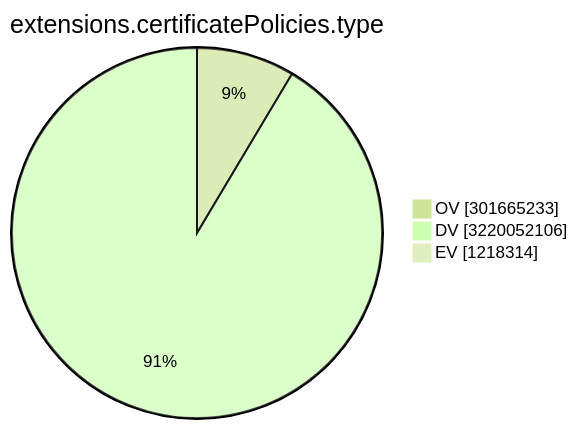
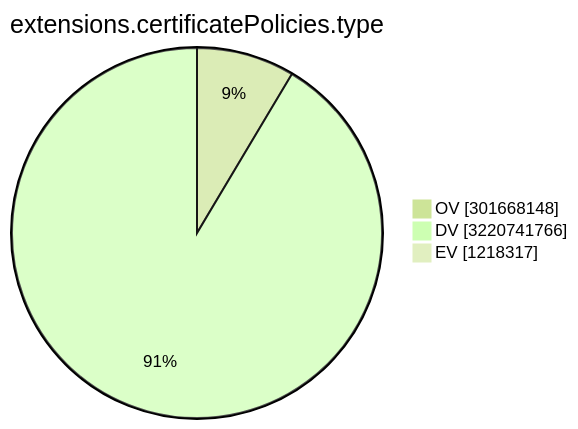
The ninth of 15 diagrams in TOTAL/README.md (christiankrug/ctmonitor_visualization), drawn with Mermaid (forest theme) before and after one commit. The commit also changed other lines of this file, not shown here.

````diff
--- a/TOTAL/README.md
+++ b/TOTAL/README.md
@@ -3106,7 +3107,7 @@
 ```mermaid
 pie showData
 title extensions.certificatePolicies.type
-"OV" :301665233
-"DV" :3220052106
-"EV" :1218314
+"OV" :301668148
+"DV" :3220741766
+"EV" :1218317
 ```
````
